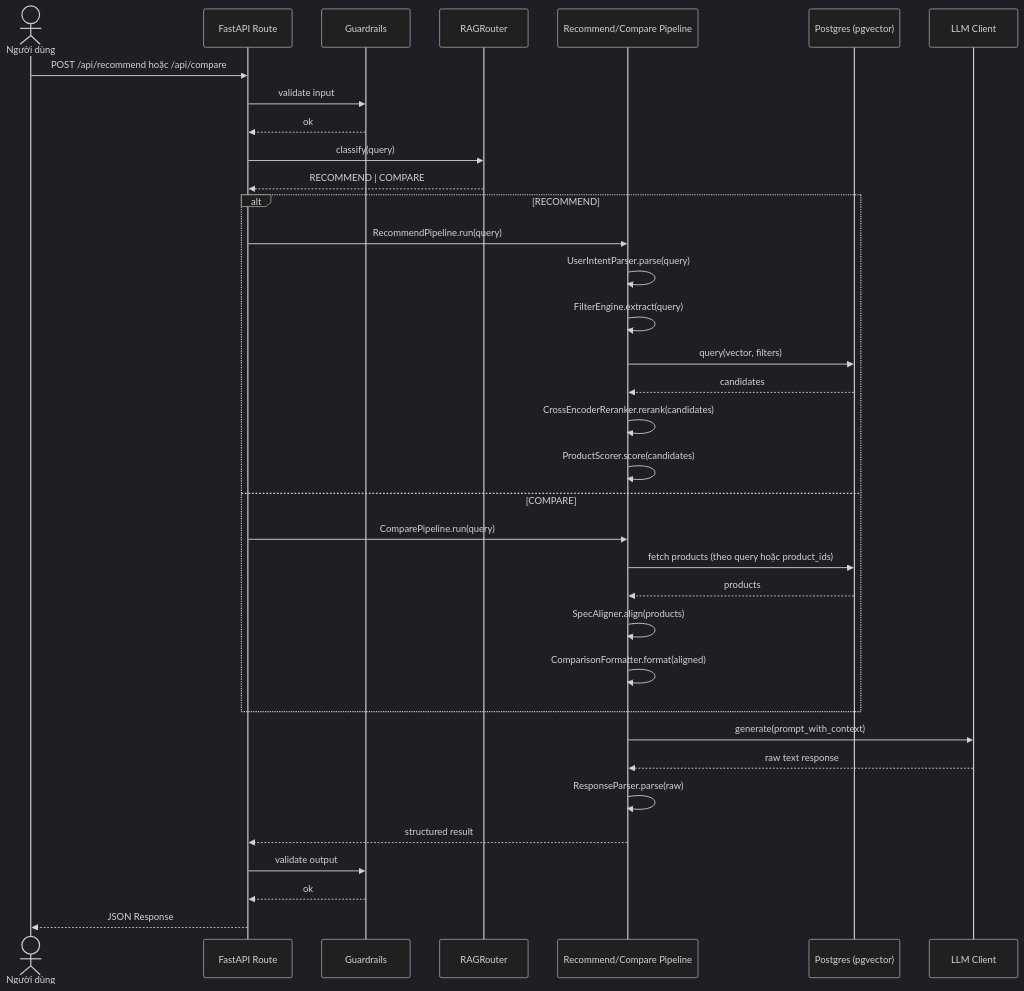
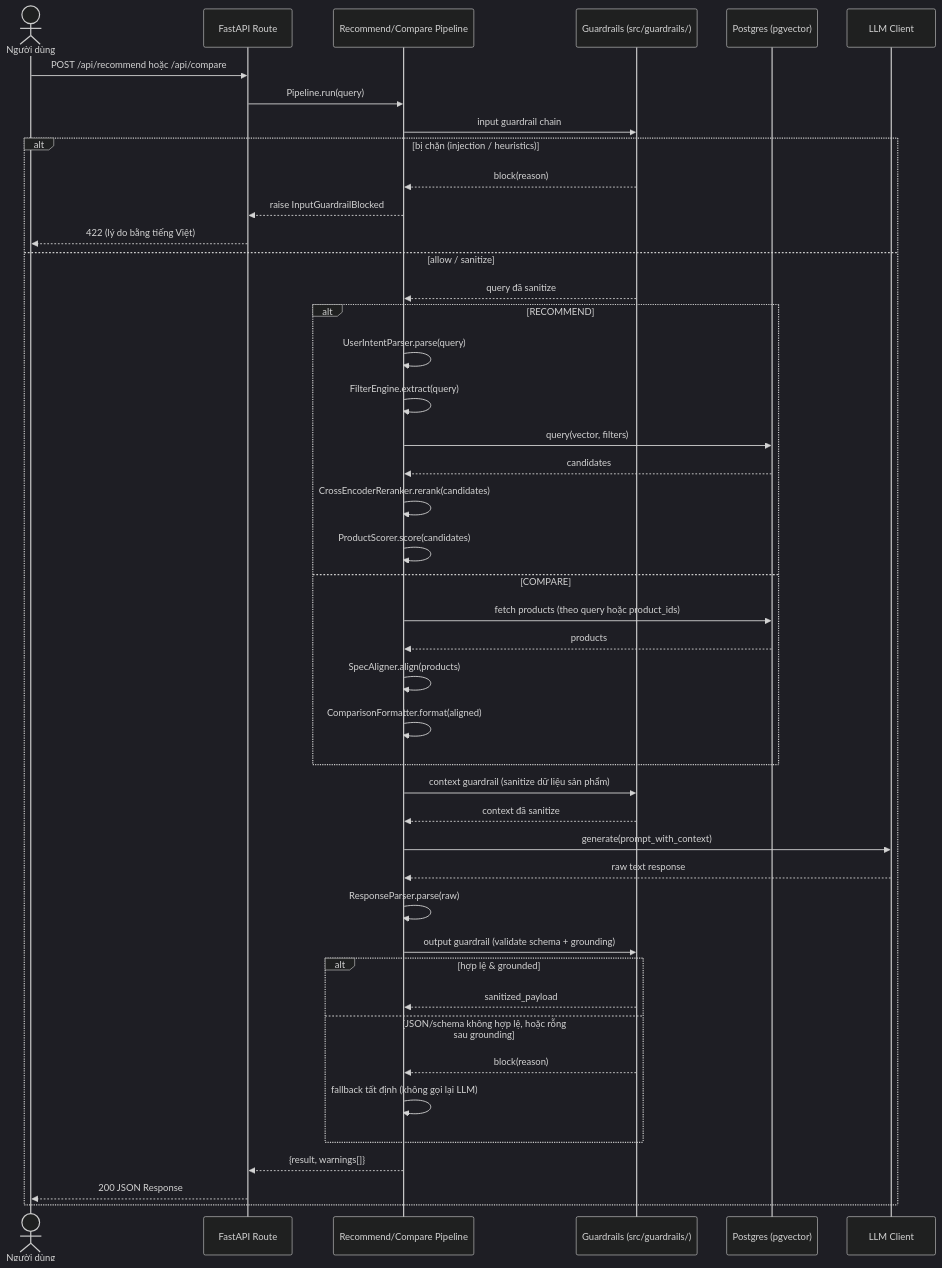
The second of 2 diagrams in docs/architecture/overview.vi.md (nxhawk/techscout-rag-recommend), drawn with Mermaid (dark theme) before and after one commit. The commit also changed other lines of this file and 72 other files, not shown here.

````diff
--- a/docs/architecture/overview.vi.md
+++ b/docs/architecture/overview.vi.md
@@ -65,42 +69,52 @@
 ```mermaid
 sequenceDiagram
     actor User as Người dùng
     participant API as FastAPI Route
-    participant Guard as Guardrails
-    participant Router as RAGRouter
     participant Pipe as Recommend/Compare Pipeline
+    participant Guard as Guardrails (src/guardrails/)
     participant VDB as Postgres (pgvector)
     participant LLM as LLM Client
 
     User->>API: POST /api/recommend hoặc /api/compare
-    API->>Guard: validate input
-    Guard-->>API: ok
+    API->>Pipe: Pipeline.run(query)
+    Pipe->>Guard: input guardrail chain
 
-    API->>Router: classify(query)
-    Router-->>API: RECOMMEND | COMPARE
+    alt bị chặn (injection / heuristics)
+        Guard-->>Pipe: block(reason)
+        Pipe-->>API: raise InputGuardrailBlocked
+        API-->>User: 422 (lý do bằng tiếng Việt)
+    else allow / sanitize
+        Guard-->>Pipe: query đã sanitize
 
-    alt RECOMMEND
-        API->>Pipe: RecommendPipeline.run(query)
-        Pipe->>Pipe: UserIntentParser.parse(query)
-        Pipe->>Pipe: FilterEngine.extract(query)
-        Pipe->>VDB: query(vector, filters)
-        VDB-->>Pipe: candidates
-        Pipe->>Pipe: CrossEncoderReranker.rerank(candidates)
-        Pipe->>Pipe: ProductScorer.score(candidates)
-    else COMPARE
-        API->>Pipe: ComparePipeline.run(query)
-        Pipe->>VDB: fetch products (theo query hoặc product_ids)
-        VDB-->>Pipe: products
-        Pipe->>Pipe: SpecAligner.align(products)
-        Pipe->>Pipe: ComparisonFormatter.format(aligned)
+        alt RECOMMEND
+            Pipe->>Pipe: UserIntentParser.parse(query)
+            Pipe->>Pipe: FilterEngine.extract(query)
+            Pipe->>VDB: query(vector, filters)
+            VDB-->>Pipe: candidates
+            Pipe->>Pipe: CrossEncoderReranker.rerank(candidates)
+            Pipe->>Pipe: ProductScorer.score(candidates)
+        else COMPARE
+            Pipe->>VDB: fetch products (theo query hoặc product_ids)
+            VDB-->>Pipe: products
+            Pipe->>Pipe: SpecAligner.align(products)
+            Pipe->>Pipe: ComparisonFormatter.format(aligned)
+        end
+
+        Pipe->>Guard: context guardrail (sanitize dữ liệu sản phẩm)
+        Guard-->>Pipe: context đã sanitize
+        Pipe->>LLM: generate(prompt_with_context)
+        LLM-->>Pipe: raw text response
+        Pipe->>Pipe: ResponseParser.parse(raw)
+        Pipe->>Guard: output guardrail (validate schema + grounding)
+
+        alt hợp lệ & grounded
+            Guard-->>Pipe: sanitized_payload
+        else JSON/schema không hợp lệ, hoặc rỗng sau grounding
+            Guard-->>Pipe: block(reason)
+            Pipe->>Pipe: fallback tất định (không gọi lại LLM)
+        end
+
+        Pipe-->>API: {result, warnings[]}
+        API-->>User: 200 JSON Response
     end
-
-    Pipe->>LLM: generate(prompt_with_context)
-    LLM-->>Pipe: raw text response
-    Pipe->>Pipe: ResponseParser.parse(raw)
-    Pipe-->>API: structured result
-
-    API->>Guard: validate output
-    Guard-->>API: ok
-    API-->>User: JSON Response
 ```
````
